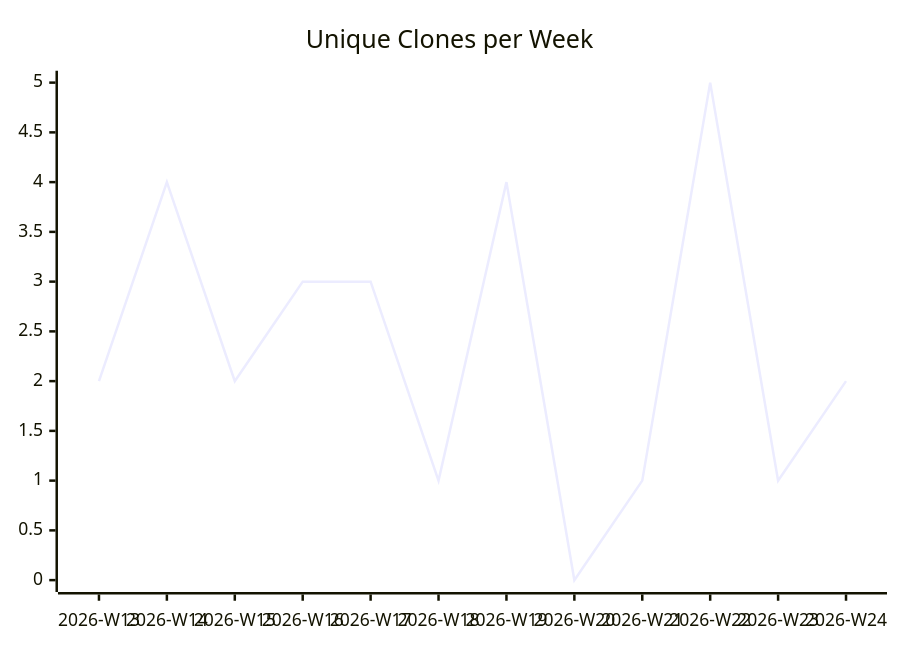
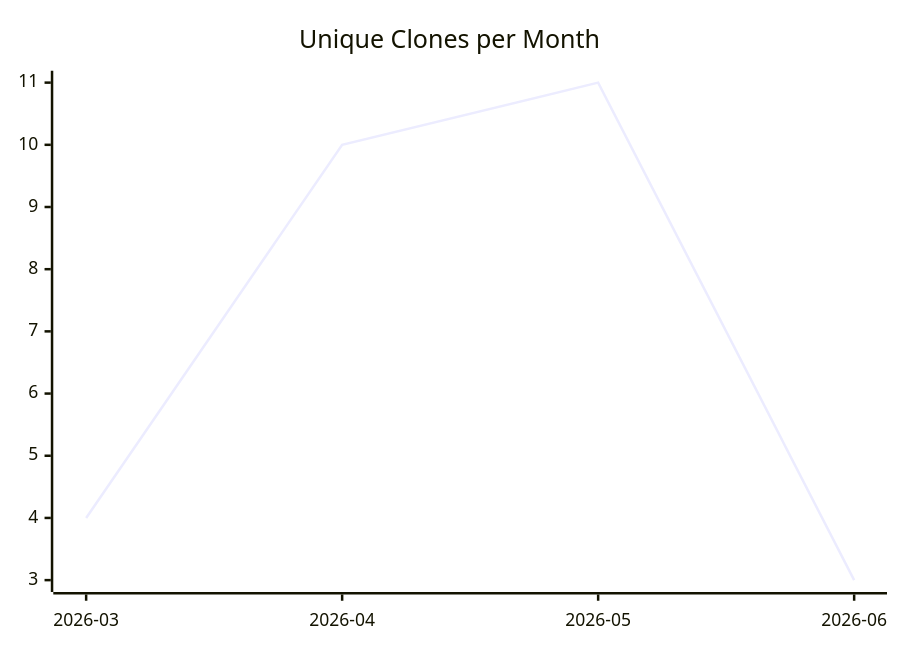
One commit to justdavis-family/github-analytics-data changed the third of 3 diagrams in karlmdavis/workstation-base-ansible-role/README.md. Above: the diagram before and after it, drawn with Mermaid. The commit also changed other lines of this file and 198 other files, not shown here.

````diff
--- a/karlmdavis/workstation-base-ansible-role/README.md
+++ b/karlmdavis/workstation-base-ansible-role/README.md
@@ -19,6 +19,6 @@
 ```mermaid
 xychart-beta
-  title "Unique Clones per Week"
-  x-axis ["2026-W13", "2026-W14", "2026-W15", "2026-W16", "2026-W17", "2026-W18", "2026-W19", "2026-W20", "2026-W21", "2026-W22", "2026-W23", "2026-W24"]
-  line [2, 4, 2, 3, 3, 1, 4, 0, 1, 5, 1, 2]
+  title "Unique Clones per Month"
+  x-axis ["2026-03", "2026-04", "2026-05", "2026-06"]
+  line [4, 10, 11, 3]
 ```
````
